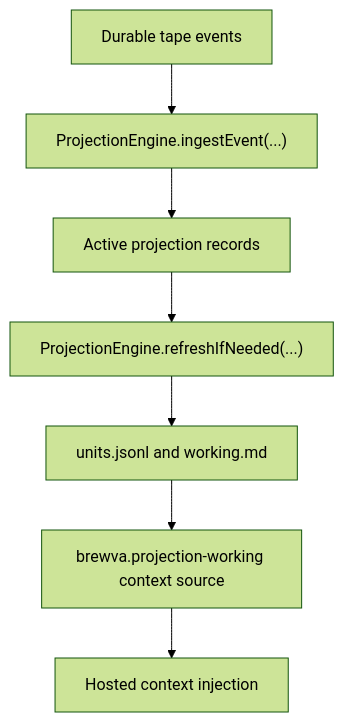
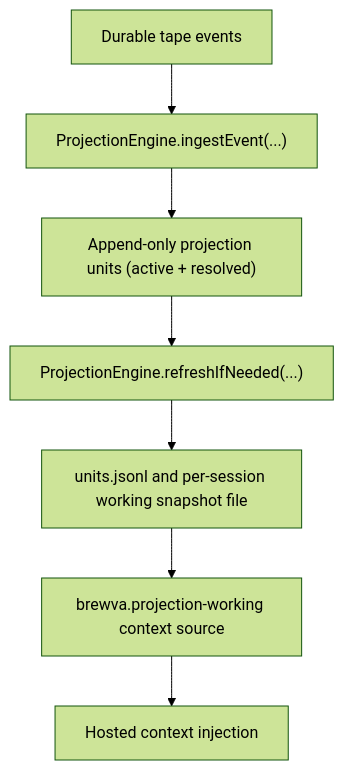
Before and after one commit to arcthur/brewva: the diagram in docs/reference/working-projection.md, drawn with Mermaid (forest theme). The commit also changed other lines of this file and 85 other files, not shown here.

````diff
--- a/docs/reference/working-projection.md
+++ b/docs/reference/working-projection.md
@@ -13,9 +17,9 @@
 ```mermaid
 flowchart TD
   A["Durable tape events"] --> B["ProjectionEngine.ingestEvent(...)"]
-  B --> C["Active projection records"]
+  B --> C["Append-only projection units (active + resolved)"]
   C --> D["ProjectionEngine.refreshIfNeeded(...)"]
-  D --> E["units.jsonl and working.md"]
+  D --> E["units.jsonl and per-session working snapshot file"]
   E --> F["brewva.projection-working context source"]
   F --> G["Hosted context injection"]
 ```
````
